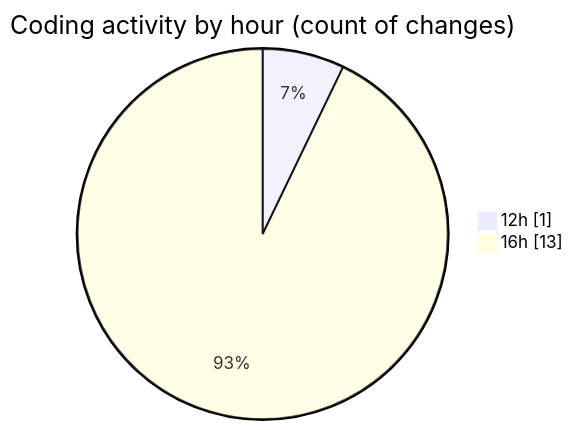
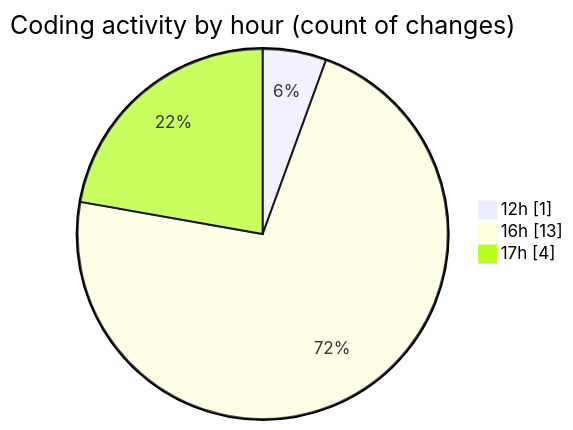
One commit to Elitesun/code-tracking changed the second of 2 diagrams in 2025-02-22/elitegpt/README.md. Above: the diagram before and after it, drawn with Mermaid. The commit also changed other lines of this file and 1 other file, not shown here.

````diff
--- a/2025-02-22/elitegpt/README.md
+++ b/2025-02-22/elitegpt/README.md
@@ -32,6 +37,7 @@
 ```mermaid
 pie showData
 title Coding activity by hour (count of changes)
 "12h" : 1
 "16h" : 13
+"17h" : 4
 ```
````
